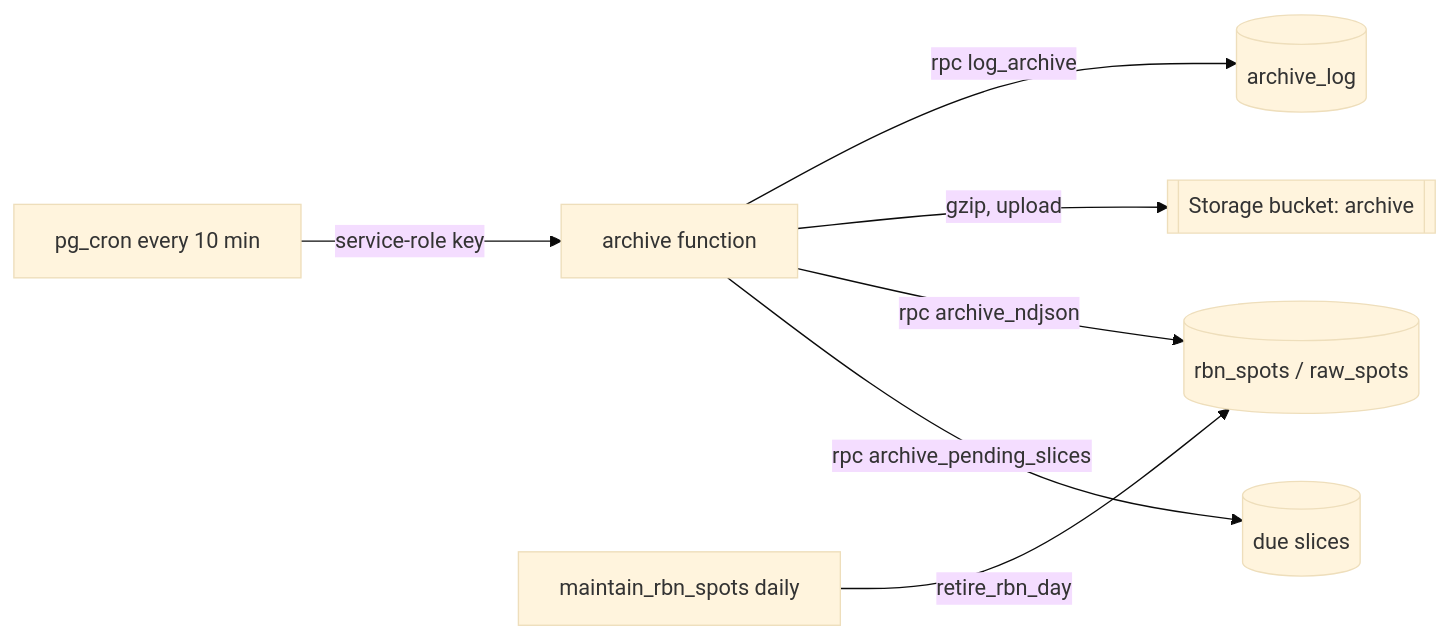
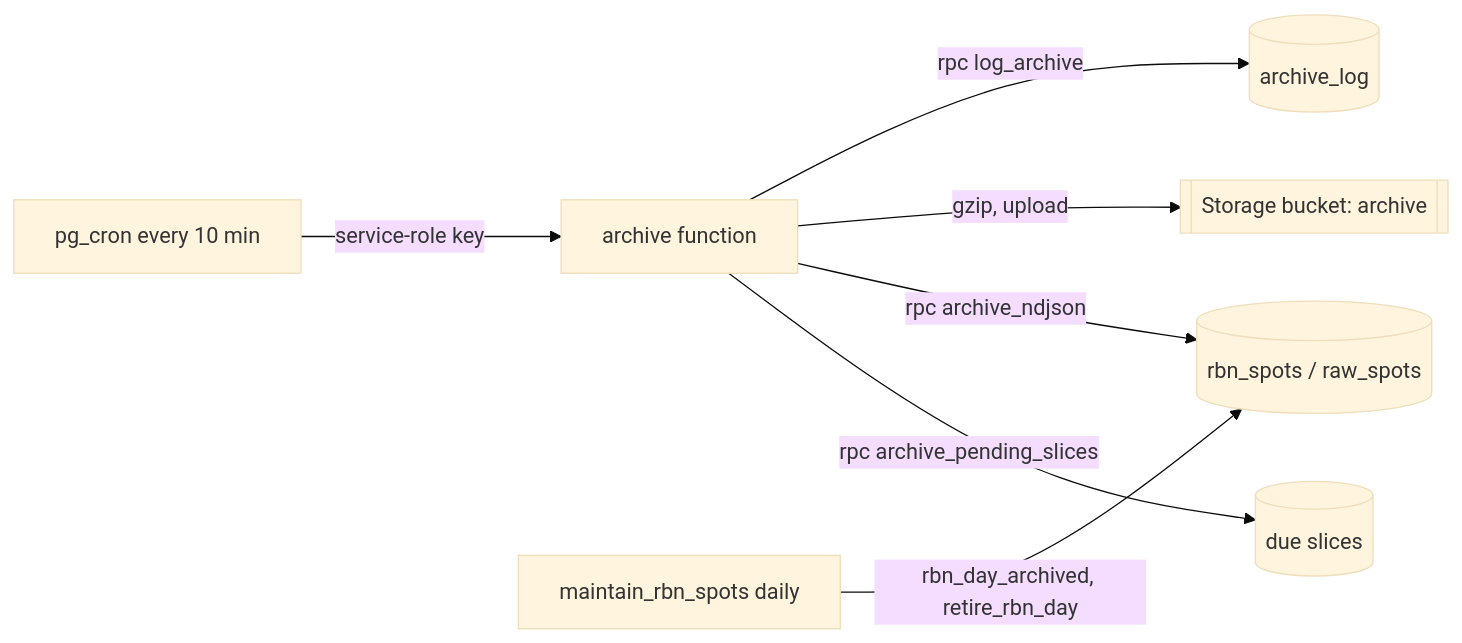
Before and after one commit to johnsonm/longlines: the sixth of 6 diagrams in docs/ARCHITECTURE.md, drawn with Mermaid (base theme). The commit also changed other lines of this file and 7 other files, not shown here.

First line of the commit message:
Fix review findings: retire the first RBN day, drop days last

````diff
--- a/docs/ARCHITECTURE.md
+++ b/docs/ARCHITECTURE.md
@@ -361,9 +361,9 @@
 ```mermaid
 flowchart LR
   CRON[pg_cron every 10 min] -- "service-role key" --> A[archive function]
   A -- "rpc archive_pending_slices" --> P[(due slices)]
   A -- "rpc archive_ndjson" --> N[(rbn_spots / raw_spots)]
   A -- "gzip, upload" --> S[[Storage bucket: archive]]
   A -- "rpc log_archive" --> L[(archive_log)]
-  M[maintain_rbn_spots daily] -- "retire_rbn_day" --> N
+  M[maintain_rbn_spots daily] -- "rbn_day_archived, retire_rbn_day" --> N
 ```
````
